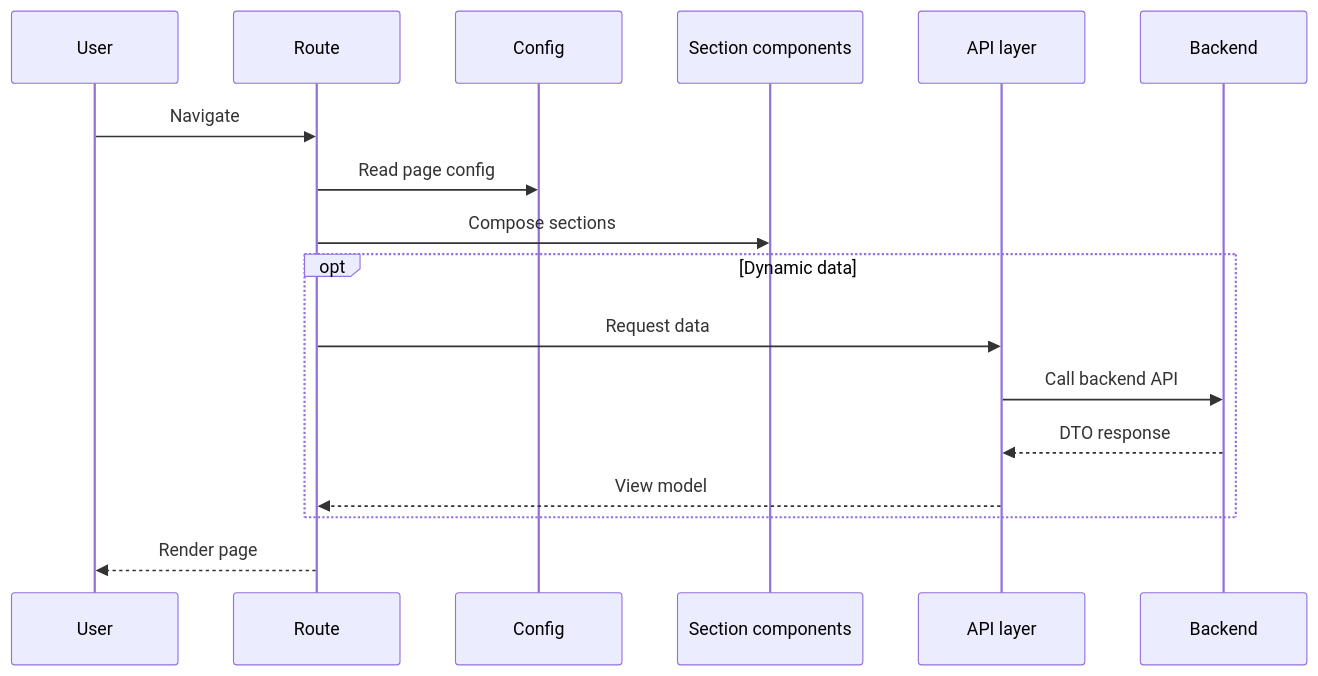
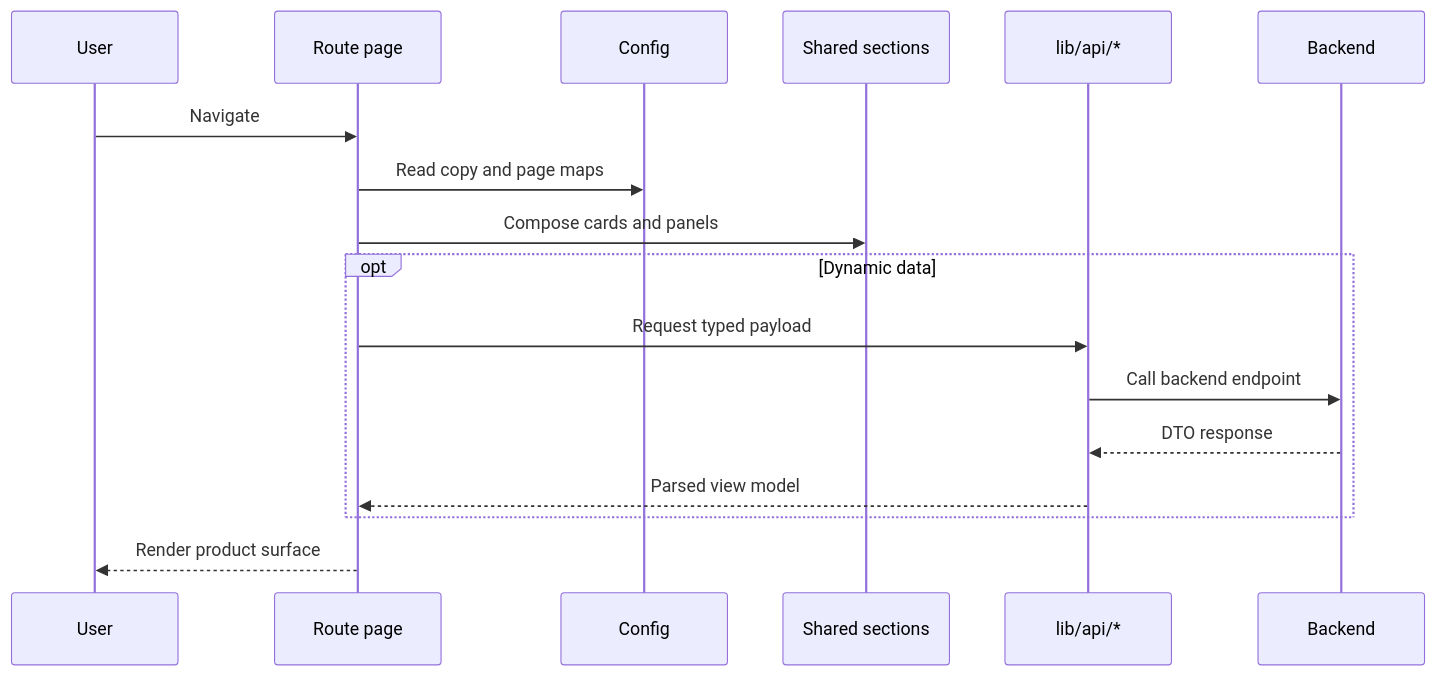
Before and after one commit to eqan/AI-Driven-Project-Template: the fifth of 8 diagrams in frontend/ARCHITECTURE.md, drawn with Mermaid. The commit also changed other lines of this file and 37 other files, not shown here.

Commit message:
main: refined the template and esepcially refined the agentic flow prompt

````diff
--- a/frontend/ARCHITECTURE.md
+++ b/frontend/ARCHITECTURE.md
@@ -52,20 +109,20 @@
 ```mermaid
 sequenceDiagram
     participant U as User
-    participant R as Route
+    participant R as Route page
     participant C as Config
-    participant S as Section components
-    participant A as API layer
+    participant S as Shared sections
+    participant API as lib/api/*
     participant B as Backend
 
     U->>R: Navigate
-    R->>C: Read page config
-    R->>S: Compose sections
+    R->>C: Read copy and page maps
+    R->>S: Compose cards and panels
     opt Dynamic data
-        R->>A: Request data
-        A->>B: Call backend API
-        B-->>A: DTO response
-        A-->>R: View model
+        R->>API: Request typed payload
+        API->>B: Call backend endpoint
+        B-->>API: DTO response
+        API-->>R: Parsed view model
     end
-    R-->>U: Render page
+    R-->>U: Render product surface
 ```
````
